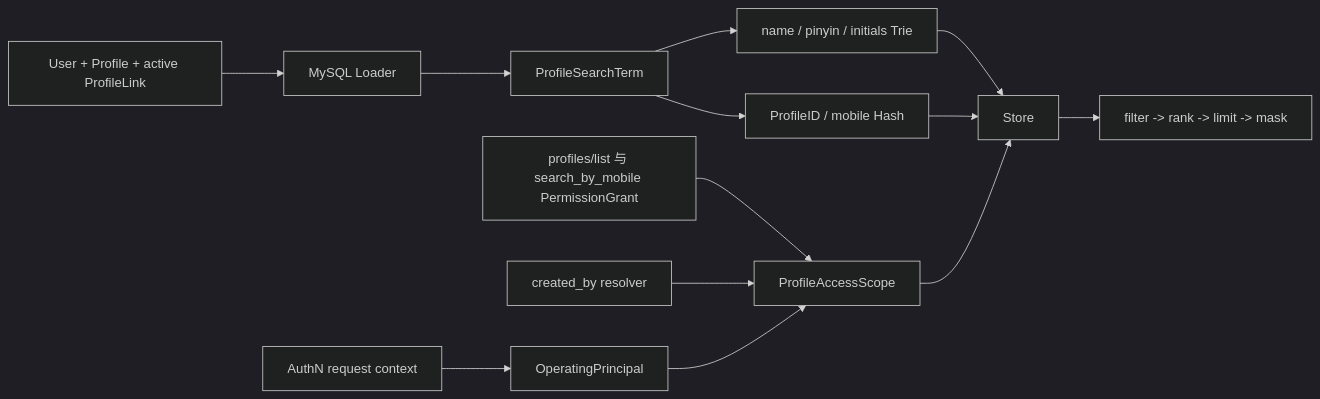
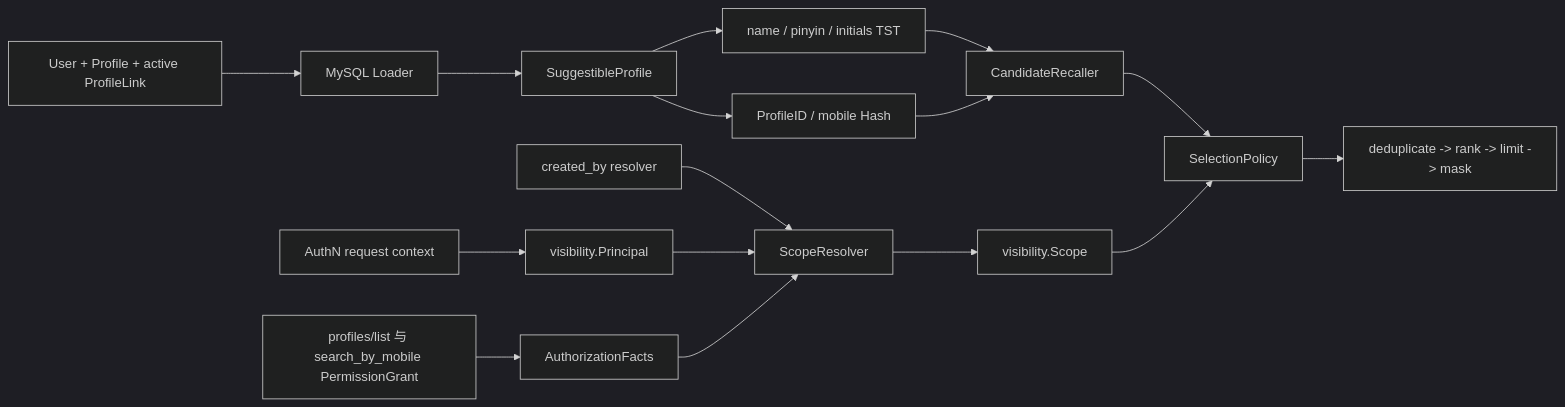
Before and after one commit to FangcunMount/iam: the diagram in docs/02-业务模块/05-Suggest/00-模块总览.md, drawn with Mermaid (dark theme). The commit also changed other lines of this file and 18 other files, not shown here.

````diff
--- a/docs/02-业务模块/05-Suggest/00-模块总览.md
+++ b/docs/02-业务模块/05-Suggest/00-模块总览.md
@@ -30,15 +30,18 @@
 ```mermaid
 flowchart LR
     Facts["User + Profile + active ProfileLink"] --> Loader["MySQL Loader"]
-    Loader --> Term["ProfileSearchTerm"]
-    Term --> Trie["name / pinyin / initials Trie"]
-    Term --> Hash["ProfileID / mobile Hash"]
-    JWT["AuthN request context"] --> Principal["OperatingPrincipal"]
-    AuthZ["profiles/list 与 search_by_mobile PermissionGrant"] --> Scope["ProfileAccessScope"]
-    Visibility["created_by resolver"] --> Scope
-    Principal --> Scope
-    Trie --> Store["Store"]
-    Hash --> Store
-    Scope --> Store
-    Store --> Result["filter -> rank -> limit -> mask"]
+    Loader --> Profile["SuggestibleProfile"]
+    Profile --> TST["name / pinyin / initials TST"]
+    Profile --> Hash["ProfileID / mobile Hash"]
+    JWT["AuthN request context"] --> Principal["visibility.Principal"]
+    AuthZ["profiles/list 与 search_by_mobile PermissionGrant"] --> FactsView["AuthorizationFacts"]
+    Visibility["created_by resolver"] --> Resolver["ScopeResolver"]
+    Principal --> Resolver
+    FactsView --> Resolver
+    Resolver --> Scope["visibility.Scope"]
+    TST --> Recall["CandidateRecaller"]
+    Hash --> Recall
+    Recall --> Select["SelectionPolicy"]
+    Scope --> Select
+    Select --> Result["deduplicate -> rank -> limit -> mask"]
 ```
````
